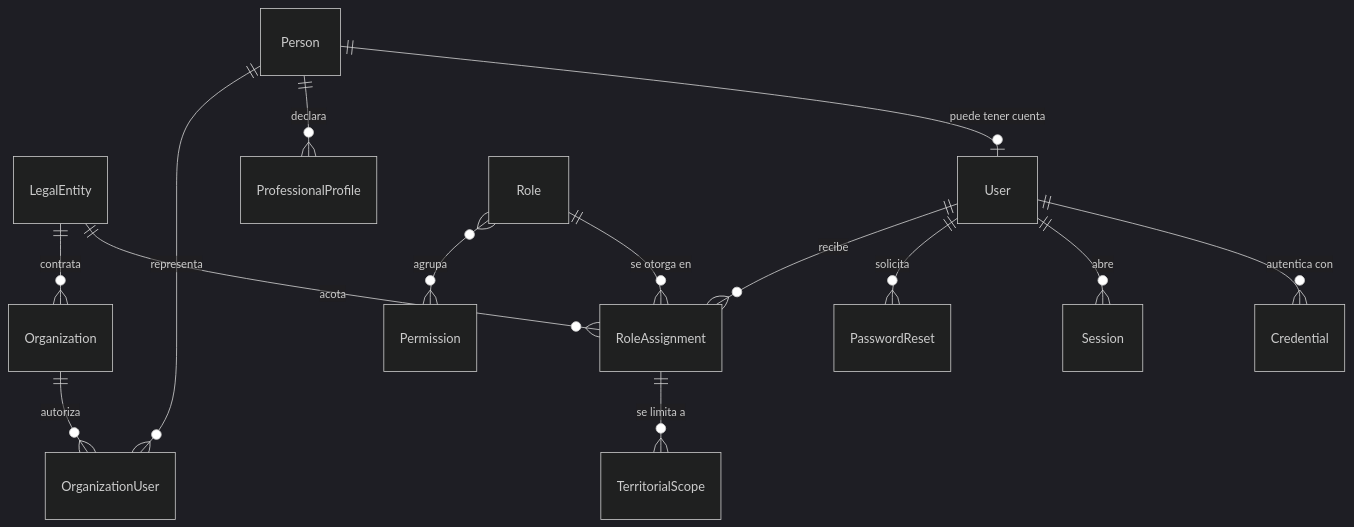
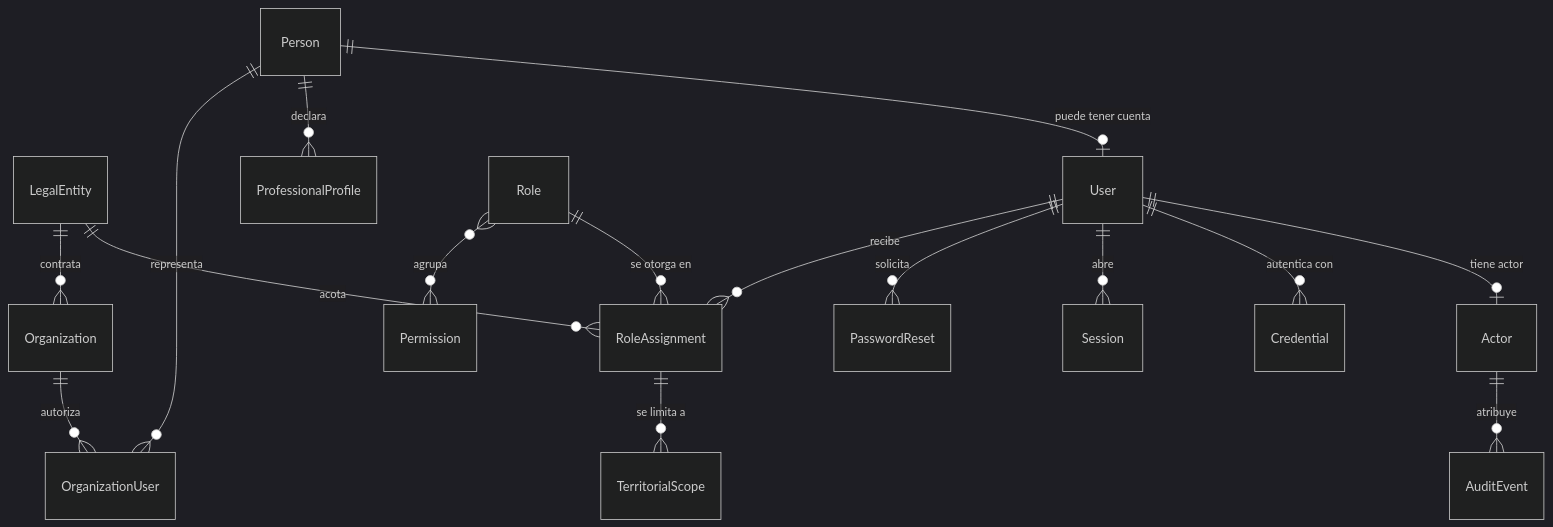
Before and after one commit to Alianza-Indigo/fuerza_indigo: the first of 11 diagrams in docs/DATA_MODEL.md, drawn with Mermaid (dark theme). The commit also changed other lines of this file and 14 other files, not shown here.

````diff
--- a/docs/DATA_MODEL.md
+++ b/docs/DATA_MODEL.md
@@ -61,16 +63,18 @@
 ```mermaid
 erDiagram
     LegalEntity ||--o{ RoleAssignment : "acota"
+    Actor ||--o{ AuditEvent : "atribuye"
+    User ||--o| Actor : "tiene actor"
     Person ||--o| User : "puede tener cuenta"
     Person ||--o{ ProfessionalProfile : "declara"
     User ||--o{ Credential : "autentica con"
     User ||--o{ Session : "abre"
     User ||--o{ PasswordReset : "solicita"
     User ||--o{ RoleAssignment : "recibe"
     Role ||--o{ RoleAssignment : "se otorga en"
     Role }o--o{ Permission : "agrupa"
     RoleAssignment ||--o{ TerritorialScope : "se limita a"
     Organization ||--o{ OrganizationUser : "autoriza"
     Person ||--o{ OrganizationUser : "representa"
     LegalEntity ||--o{ Organization : "contrata"
 ```
````
